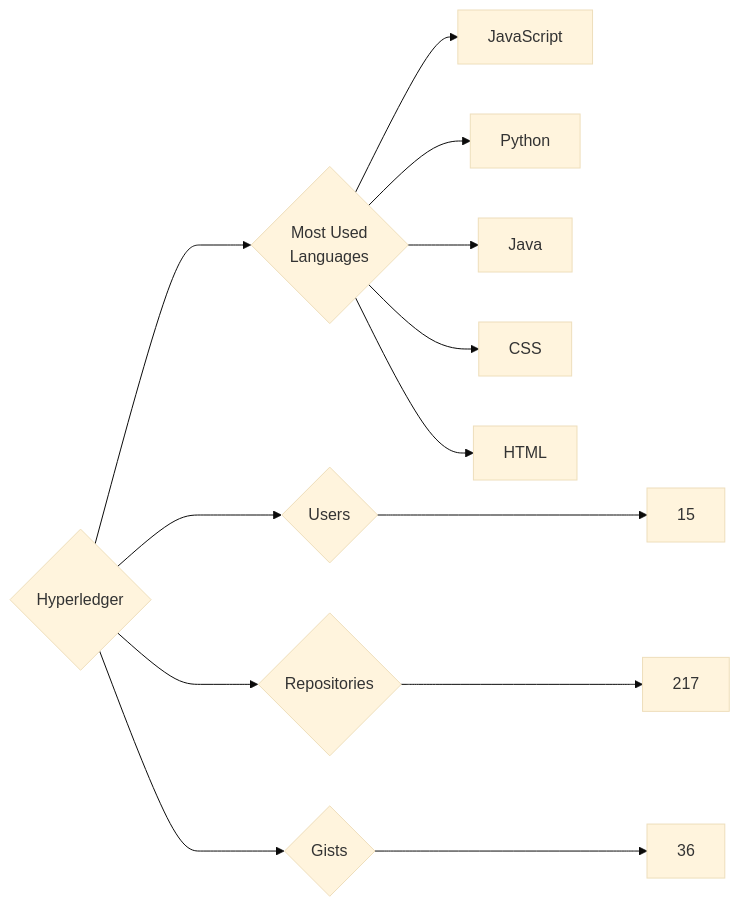
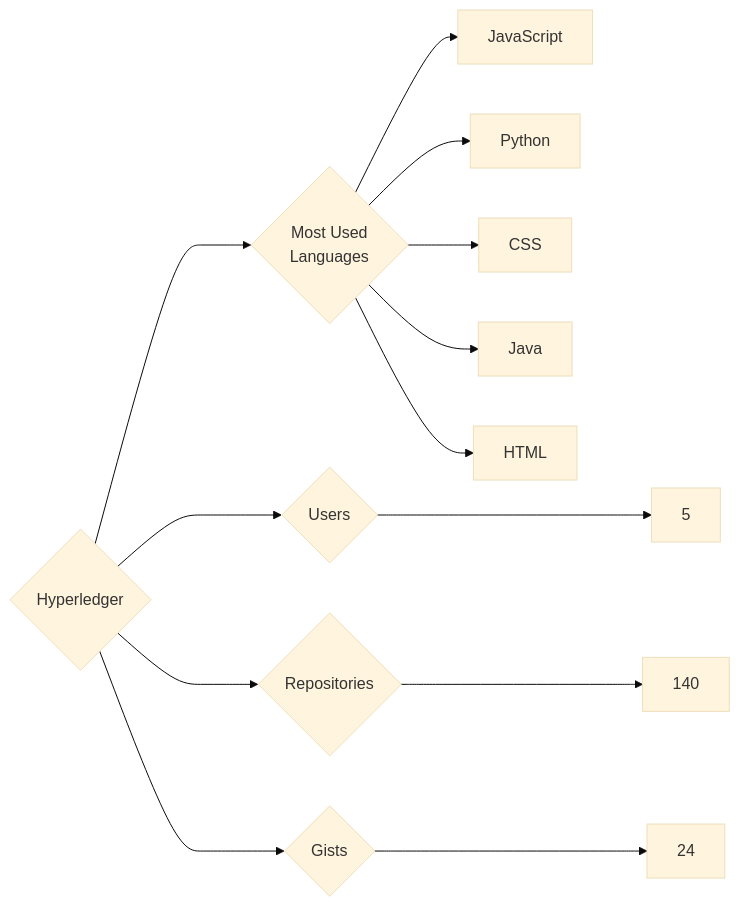
One commit to trickest/insiders changed the diagram in targets/Hyperledger/README.md. Above: the diagram before and after it, drawn with Mermaid (base theme). The commit also changed 1007 other files, not shown here.

````diff
--- a/targets/Hyperledger/README.md
+++ b/targets/Hyperledger/README.md
@@ -3,13 +3,13 @@
 ```mermaid
 graph LR
 COMPANY_NAME{Hyperledger}
-COMPANY_NAME ---> U{Users} ---> UN[15]
-COMPANY_NAME ---> R{Repositories} ---> RN[217]
-COMPANY_NAME ---> G{Gists} ---> GN[36]
+COMPANY_NAME ---> U{Users} ---> UN[5]
+COMPANY_NAME ---> R{Repositories} ---> RN[140]
+COMPANY_NAME ---> G{Gists} ---> GN[24]
 COMPANY_NAME ---> ML{Most Used<br>Languages}
 ML --> JavaScript[JavaScript]
 ML --> Python[Python]
+ML --> CSS[CSS]
 ML --> Java[Java]
-ML --> CSS[CSS]
 ML --> HTML[HTML]
 ```
````
